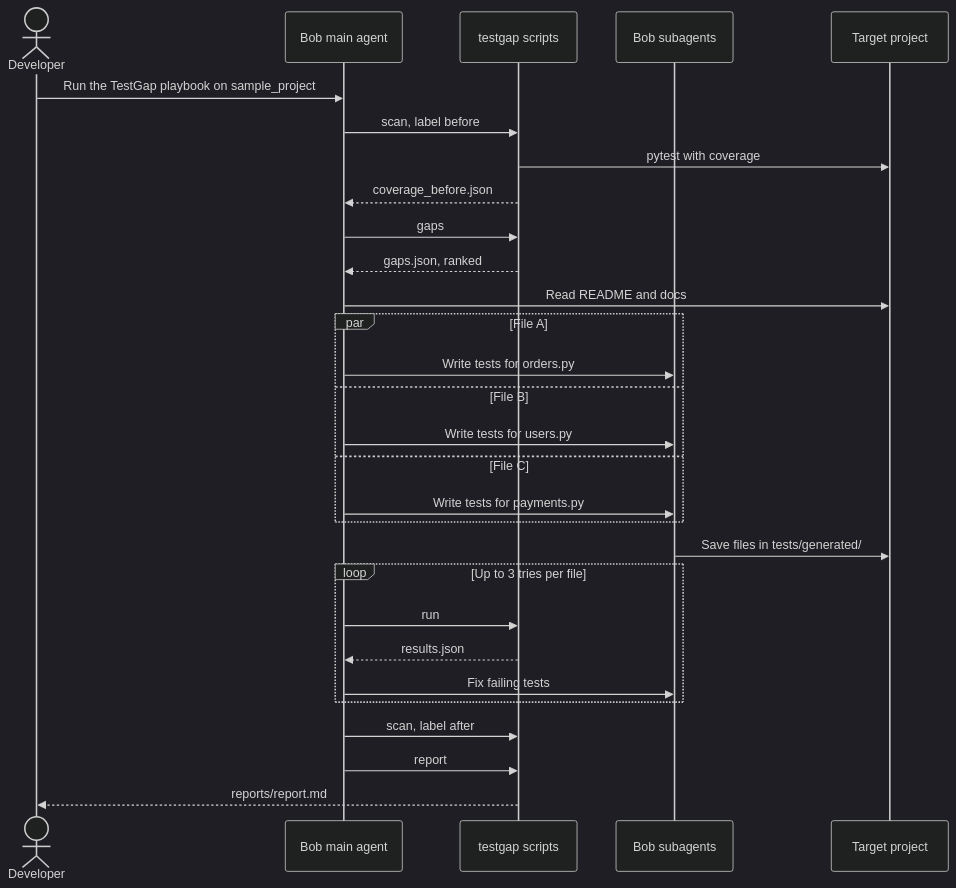
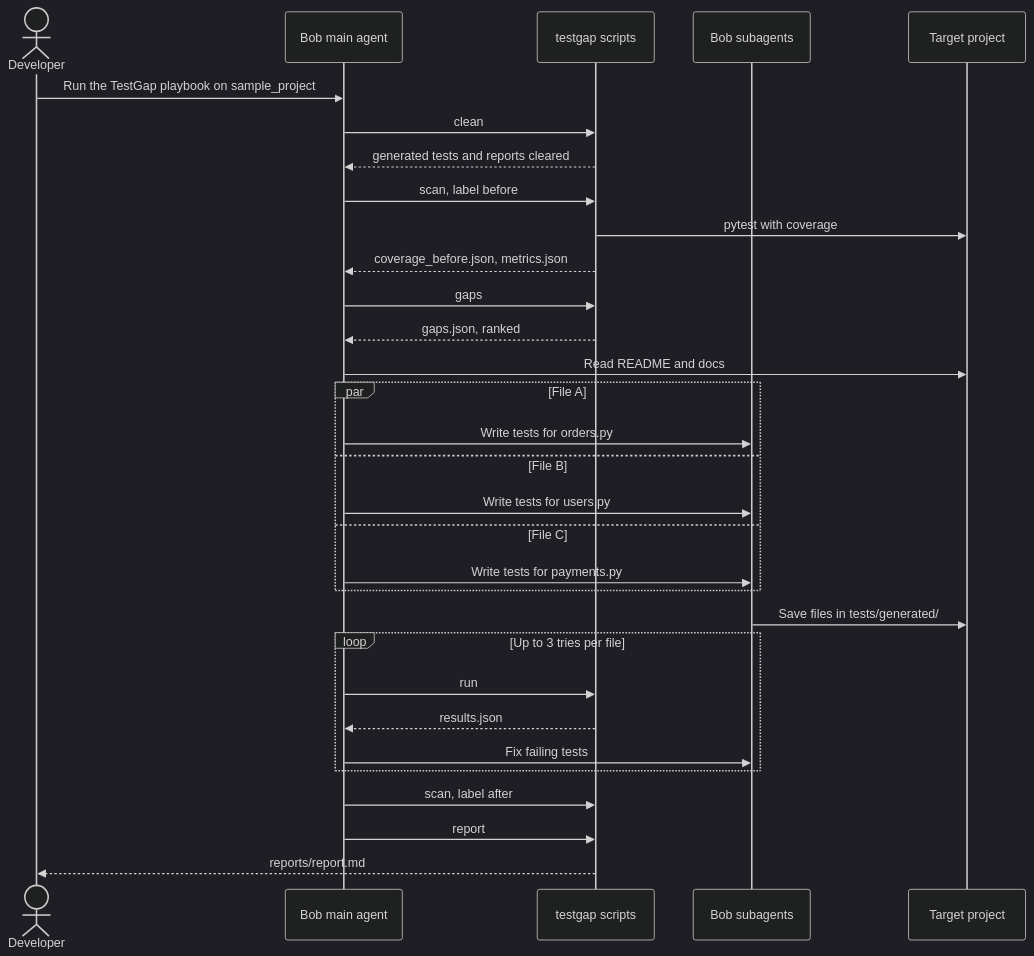
Before and after one commit to ShreyJoshi74/testgap-agent: the second of 3 diagrams in docs/03_architecture.md, drawn with Mermaid (dark theme). The commit also changed other lines of this file, not shown here.

````diff
--- a/docs/03_architecture.md
+++ b/docs/03_architecture.md
@@ -83,32 +87,34 @@
 ```mermaid
 sequenceDiagram
     actor Dev as Developer
     participant Main as Bob main agent
     participant CLI as testgap scripts
     participant Subs as Bob subagents
     participant Proj as Target project
 
     Dev->>Main: Run the TestGap playbook on sample_project
+    Main->>CLI: clean
+    CLI-->>Main: generated tests and reports cleared
     Main->>CLI: scan, label before
     CLI->>Proj: pytest with coverage
-    CLI-->>Main: coverage_before.json
+    CLI-->>Main: coverage_before.json, metrics.json
     Main->>CLI: gaps
     CLI-->>Main: gaps.json, ranked
     Main->>Proj: Read README and docs
     par File A
         Main->>Subs: Write tests for orders.py
     and File B
         Main->>Subs: Write tests for users.py
     and File C
         Main->>Subs: Write tests for payments.py
     end
     Subs->>Proj: Save files in tests/generated/
     loop Up to 3 tries per file
         Main->>CLI: run
         CLI-->>Main: results.json
         Main->>Subs: Fix failing tests
     end
     Main->>CLI: scan, label after
     Main->>CLI: report
     CLI-->>Dev: reports/report.md
 ```
````
